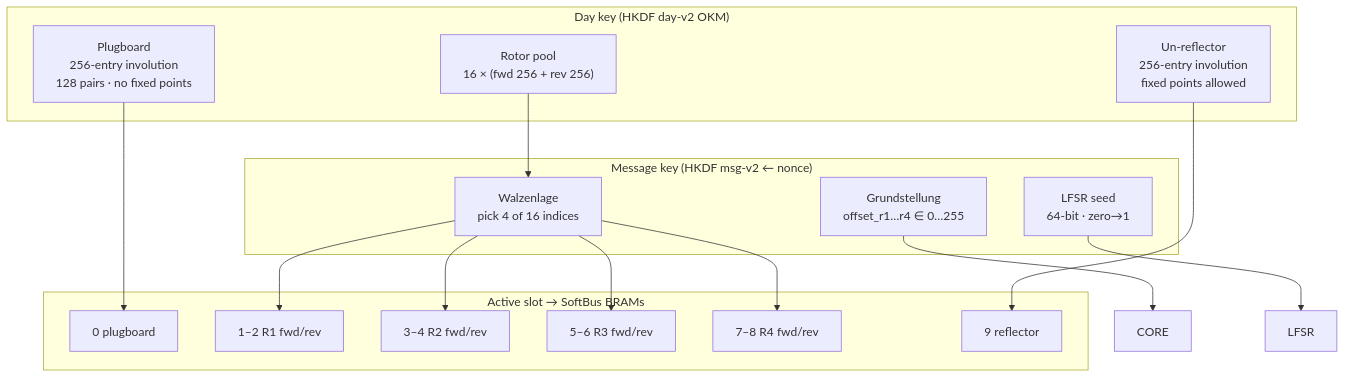
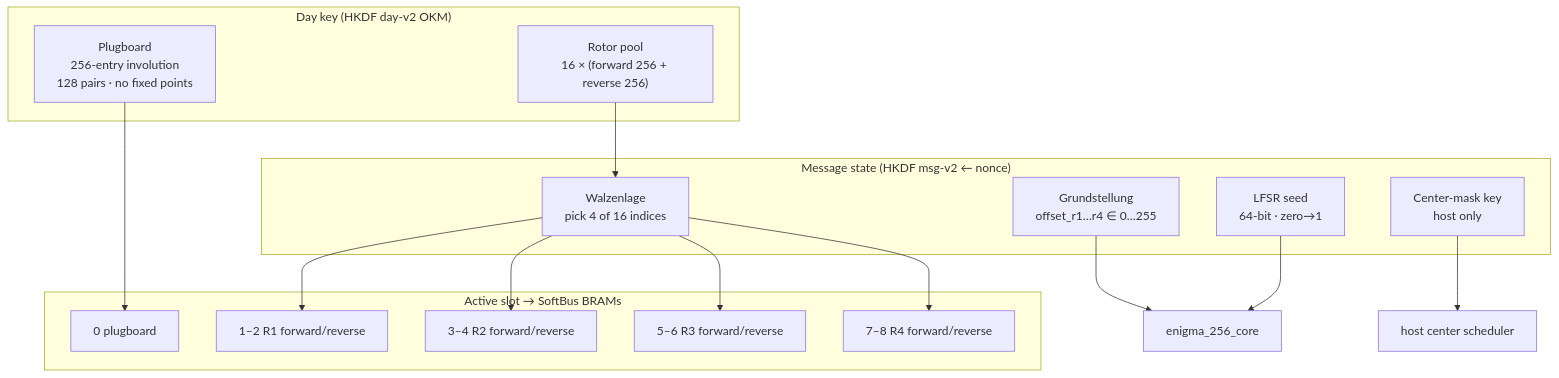
Before and after one commit to Digital-Defiance/HELUT: the third of 5 diagrams in Enigma256.md, drawn with Mermaid. The commit also changed other lines of this file and 1219 other files, not shown here.

````diff
--- a/Enigma256.md
+++ b/Enigma256.md
@@ -65,30 +86,29 @@
 ```mermaid
 flowchart TB
   subgraph DAY["Day key (HKDF day-v2 OKM)"]
     PB["Plugboard<br/>256-entry involution<br/>128 pairs · no fixed points"]
-    POOL["Rotor pool<br/>16 × (fwd 256 + rev 256)"]
-    UKW["Un-reflector<br/>256-entry involution<br/>fixed points allowed"]
+    POOL["Rotor pool<br/>16 × (forward 256 + reverse 256)"]
   end
 
-  subgraph MSG["Message key (HKDF msg-v2 ← nonce)"]
+  subgraph MSG["Message state (HKDF msg-v2 ← nonce)"]
     WALZ["Walzenlage<br/>pick 4 of 16 indices"]
     GRUND["Grundstellung<br/>offset_r1…r4 ∈ 0…255"]
     SEED["LFSR seed<br/>64-bit · zero→1"]
+    CMK["Center-mask key<br/>host only"]
   end
 
   subgraph SLOT["Active slot → SoftBus BRAMs"]
     T0["0 plugboard"]
-    T1["1–2 R1 fwd/rev"]
-    T2["3–4 R2 fwd/rev"]
-    T3["5–6 R3 fwd/rev"]
-    T4["7–8 R4 fwd/rev"]
-    T5["9 reflector"]
+    T1["1–2 R1 forward/reverse"]
+    T2["3–4 R2 forward/reverse"]
+    T3["5–6 R3 forward/reverse"]
+    T4["7–8 R4 forward/reverse"]
   end
 
   PB --> T0
   POOL --> WALZ
   WALZ --> T1 & T2 & T3 & T4
-  UKW --> T5
-  GRUND --> CORE
-  SEED --> LFSR
+  GRUND --> CORE["enigma_256_core"]
+  SEED --> CORE
+  CMK --> HOST["host center scheduler"]
 ```
````
